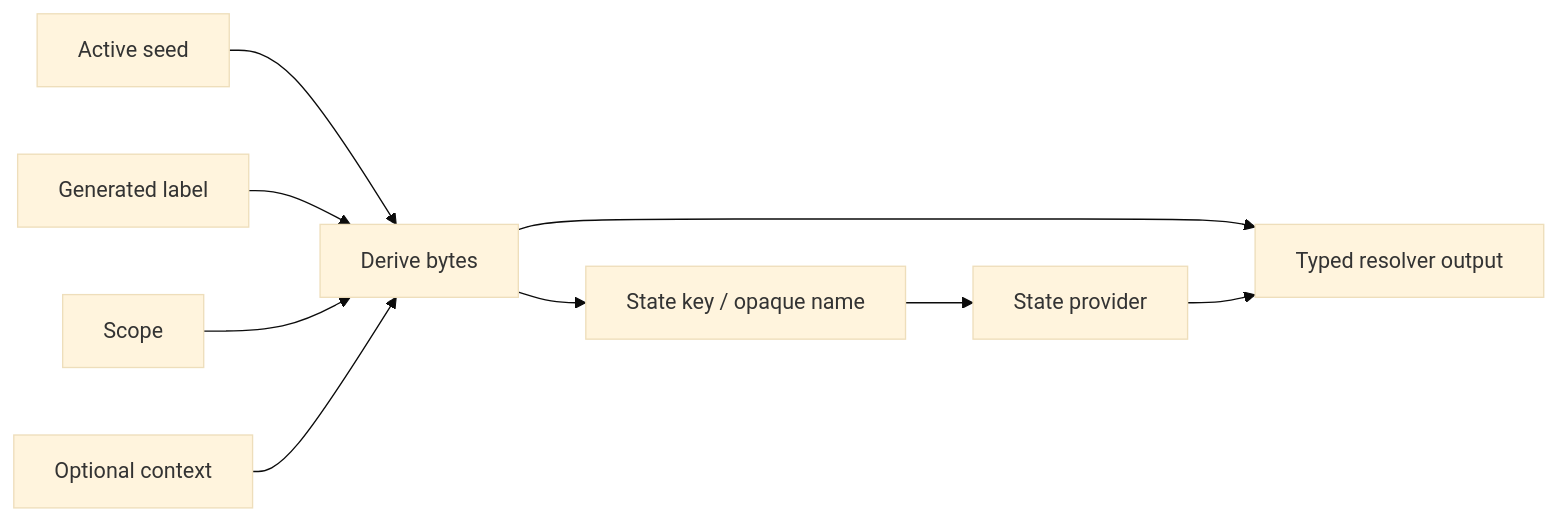
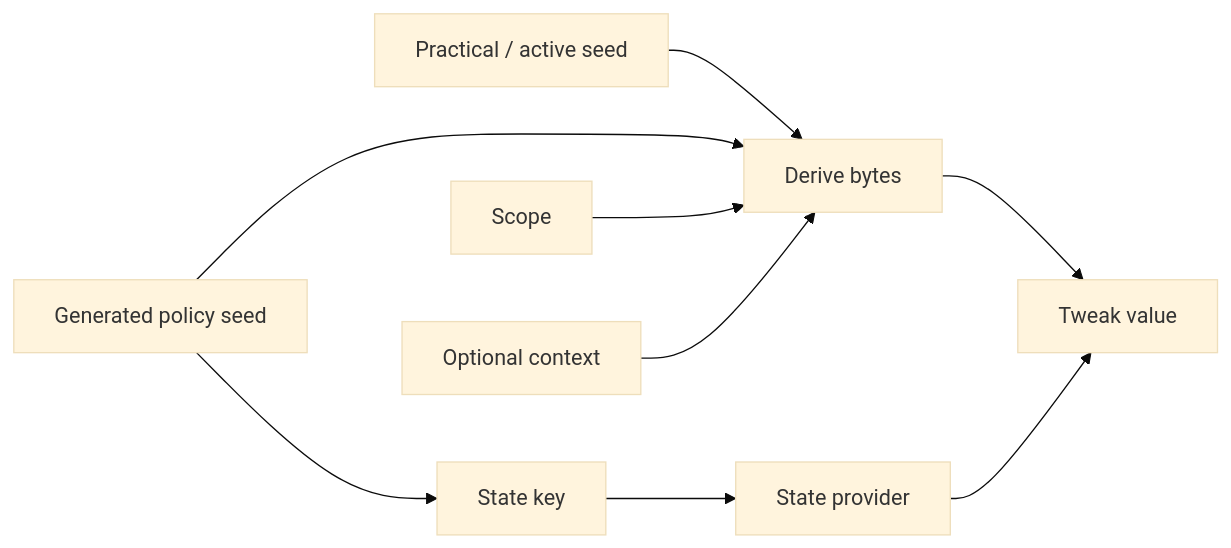
Before and after one commit to alecs297/loupehole: the diagram in docs/concepts/derivation.md, drawn with Mermaid (base theme). The commit also changed other lines of this file and 26 other files, not shown here.

Commit message:
Refresh docs for tweak-level policy seeds

````diff
--- a/docs/concepts/derivation.md
+++ b/docs/concepts/derivation.md
@@ -31,11 +31,11 @@
 ```mermaid
 flowchart LR
-    Seed[Active seed] --> Derive[Derive bytes]
-    Label[Generated label] --> Derive
-    Scope[Scope] --> Derive
-    Context[Optional context] --> Derive
-    Derive --> Key[State key / opaque name]
-    Derive --> Value[Typed resolver output]
-    Key --> Store[State provider]
+    Practical["Practical / active seed"] --> Derive["Derive bytes"]
+    Policy["Generated policy seed"] --> Derive
+    Scope["Scope"] --> Derive
+    Context["Optional context"] --> Derive
+    Derive --> Value["Tweak value"]
+    Policy --> Key["State key"]
+    Key --> Store["State provider"]
     Store --> Value
 ```
````
